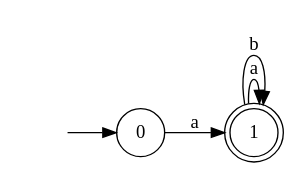
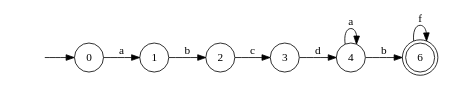
One commit to liangzihong/RegExpEngine changed the diagram in mini.gv. Above: the diagram before and after it, drawn with Graphviz. The commit also changed 8 other files, not shown here.

```diff
--- a/mini.gv
+++ b/mini.gv
@@ -1,14 +1,16 @@
 digraph mini {
 	rankdir=LR size=4.5
 	node [shape=doublecircle]
-	1
-	1
-	1
+	6
 	node [shape=circle]
 	0 -> 1 [label=a]
-	1 -> 1 [label=a]
-	1 -> 1 [label=b]
+	1 -> 2 [label=b]
+	2 -> 3 [label=c]
+	3 -> 4 [label=d]
+	4 -> 4 [label=a]
+	4 -> 6 [label=b]
+	6 -> 6 [label=f]
 	node [style=invis]
 	-1
 	-1 -> 0
 }
```
